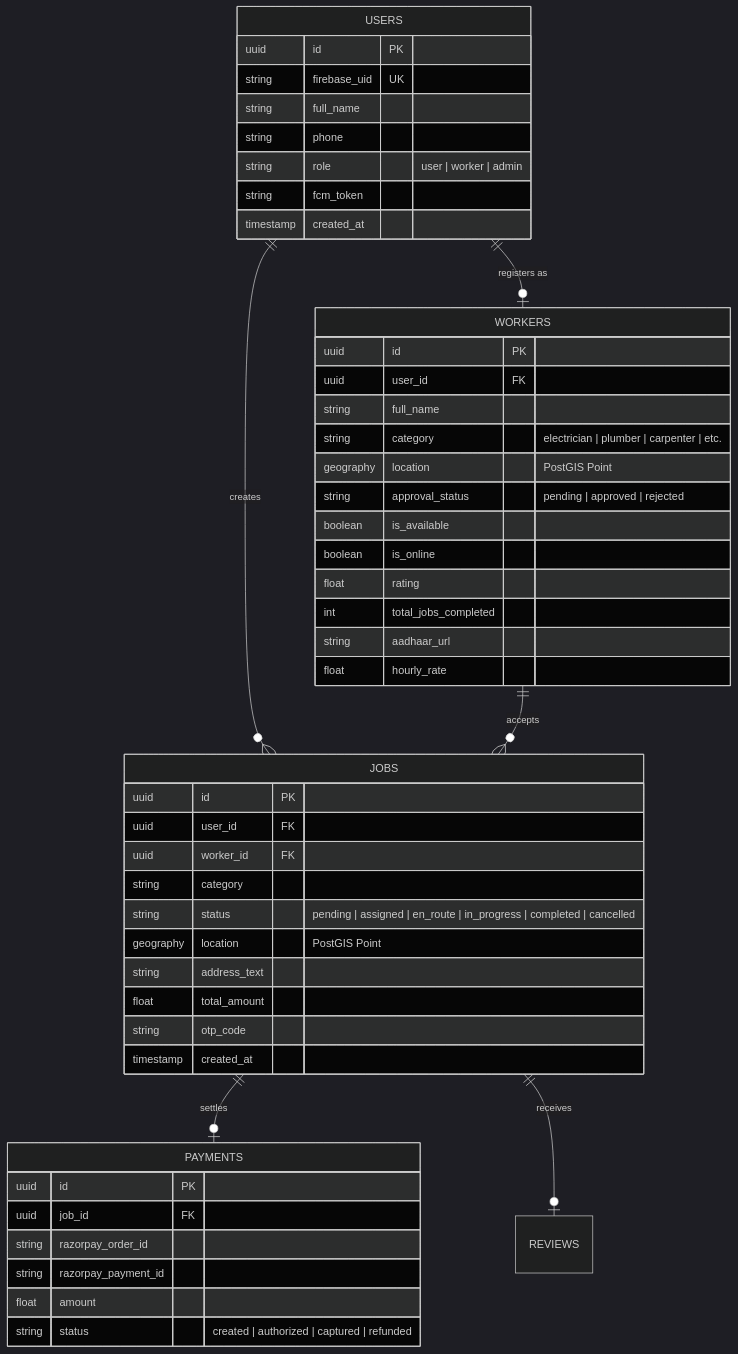
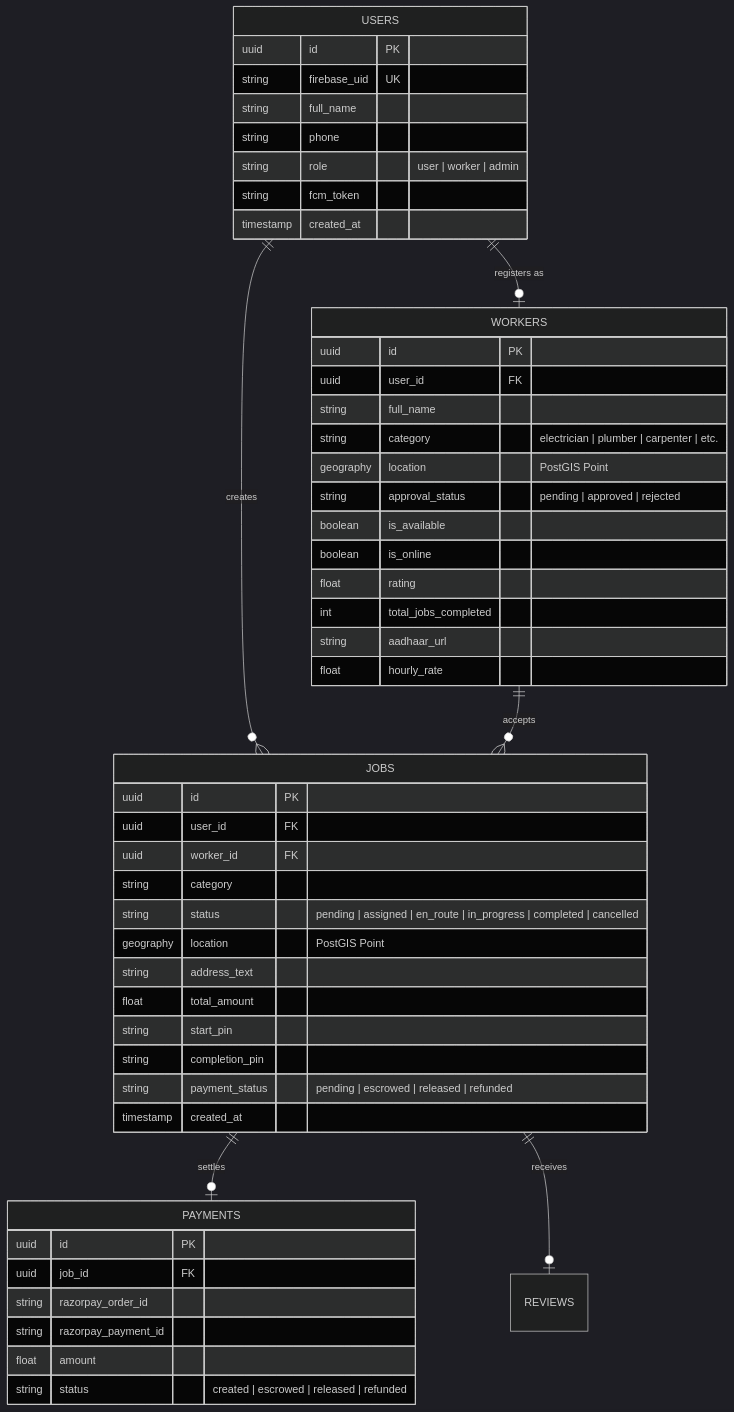
One commit to KUSHALMN/Jugaad changed the diagram in README.md. Above: the diagram before and after it, drawn with Mermaid (dark theme). The commit also changed other lines of this file, not shown here.

Commit message:
docs: comprehensive README overhaul with zero-trust PIN, FinTech payouts, and senior backend architecture

````diff
--- a/README.md
+++ b/README.md
@@ -241,55 +225,57 @@
 ```mermaid
 erDiagram
     USERS ||--o{ JOBS : creates
     USERS ||--o| WORKERS : "registers as"
     WORKERS ||--o{ JOBS : accepts
     JOBS ||--o| PAYMENTS : settles
     JOBS ||--o| REVIEWS : receives
 
     USERS {
         uuid id PK
         string firebase_uid UK
         string full_name
         string phone
         string role "user | worker | admin"
         string fcm_token
         timestamp created_at
     }
 
     WORKERS {
         uuid id PK
         uuid user_id FK
         string full_name
         string category "electrician | plumber | carpenter | etc."
         geography location "PostGIS Point"
         string approval_status "pending | approved | rejected"
         boolean is_available
         boolean is_online
         float rating
         int total_jobs_completed
         string aadhaar_url
         float hourly_rate
     }
 
     JOBS {
         uuid id PK
         uuid user_id FK
         uuid worker_id FK
         string category
         string status "pending | assigned | en_route | in_progress | completed | cancelled"
         geography location "PostGIS Point"
         string address_text
         float total_amount
-        string otp_code
+        string start_pin
+        string completion_pin
+        string payment_status "pending | escrowed | released | refunded"
         timestamp created_at
     }
 
     PAYMENTS {
         uuid id PK
         uuid job_id FK
         string razorpay_order_id
         string razorpay_payment_id
         float amount
-        string status "created | authorized | captured | refunded"
+        string status "created | escrowed | released | refunded"
     }
 ```
````
